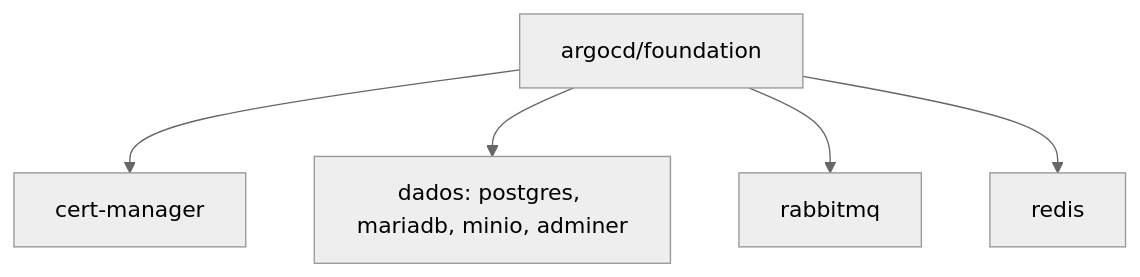
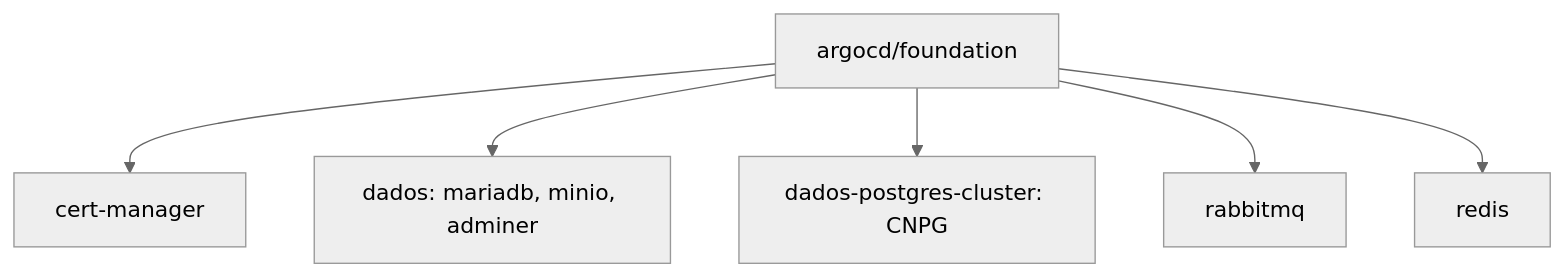
The first of 2 diagrams in docs/arquitetura/foundation.md (ladesa-ro/infrastructure), drawn with Mermaid (neutral theme) before and after one commit. The commit also changed other lines of this file and 2 other files, not shown here.

Commit message:
feat(cnpg): complete cutover, remove legacy deployment

````diff
--- a/docs/arquitetura/foundation.md
+++ b/docs/arquitetura/foundation.md
@@ -5,7 +5,8 @@
 ```mermaid
 flowchart TB
     Foundation[argocd/foundation] --> CertManager[cert-manager]
-    Foundation --> Dados[dados: postgres, mariadb, minio, adminer]
+    Foundation --> Dados[dados: mariadb, minio, adminer]
+    Foundation --> PostgresCluster[dados-postgres-cluster: CNPG]
     Foundation --> RabbitMQ[rabbitmq]
     Foundation --> Redis[redis]
 ```
````
